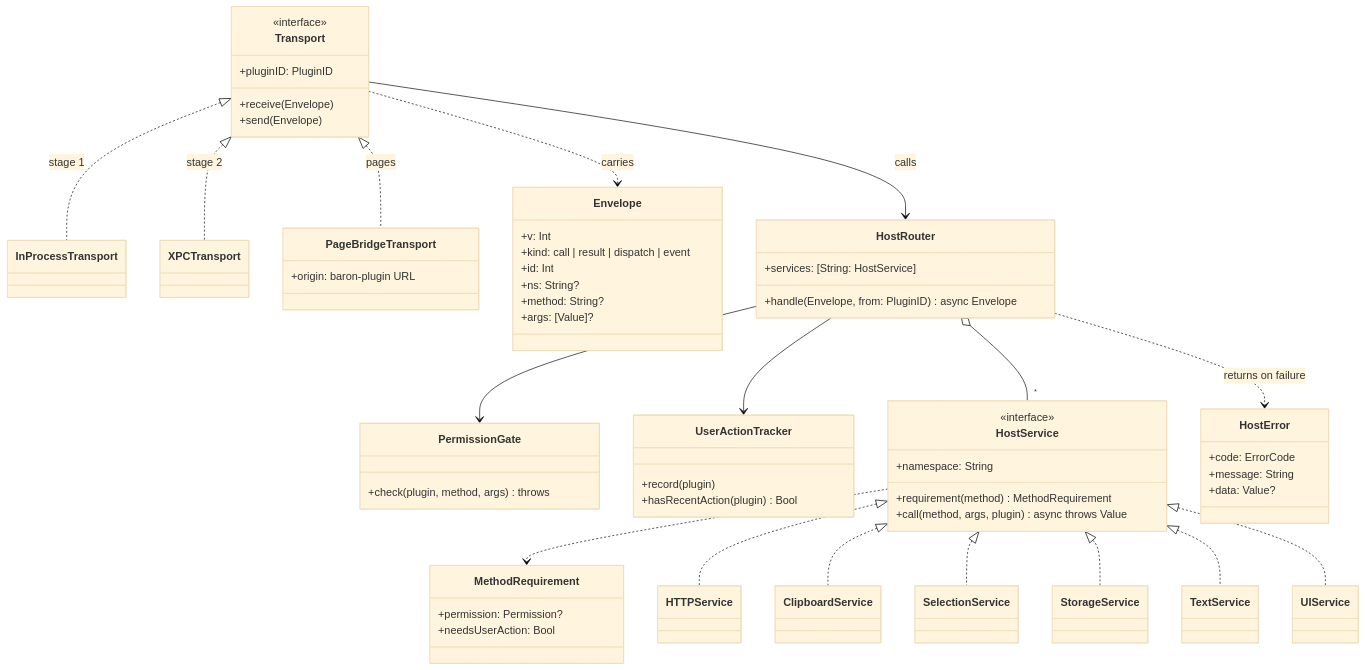
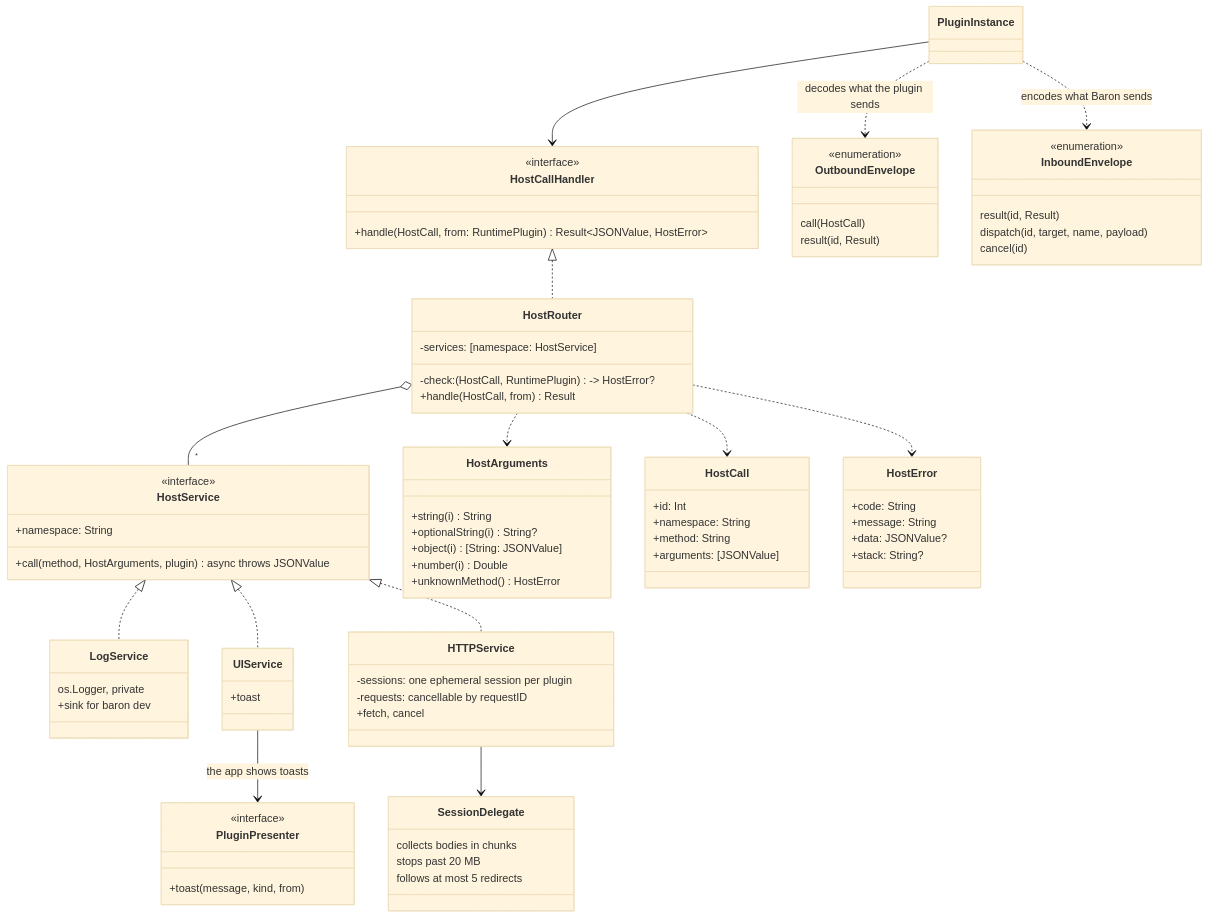
The first of 2 diagrams in docs/design/plugin-platform/03-host-api-and-ipc.md (mx-in/ODH), drawn with Mermaid (base theme) before and after one commit. The commit also changed other lines of this file and 4 other files, not shown here.

First line of the commit message:
docs(design): draw the runtime, host API and tooling as built in task-005

````diff
--- a/docs/design/plugin-platform/03-host-api-and-ipc.md
+++ b/docs/design/plugin-platform/03-host-api-and-ipc.md
@@ -141,64 +147,81 @@
 ```mermaid
 classDiagram
-  class Transport {
+  class HostCallHandler {
     <<interface>>
-    +pluginID: PluginID
-    +receive(Envelope)
-    +send(Envelope)
-  }
-  class InProcessTransport
-  class XPCTransport
-  class PageBridgeTransport {
-    +origin: baron-plugin URL
-  }
-  class Envelope {
-    +v: Int
-    +kind: call | result | dispatch | event
-    +id: Int
-    +ns: String?
-    +method: String?
-    +args: [Value]?
+    +handle(HostCall, from: RuntimePlugin) Result~JSONValue, HostError~
   }
   class HostRouter {
-    +services: [String: HostService]
-    +handle(Envelope, from: PluginID) async Envelope
-  }
-  class PermissionGate {
-    +check(plugin, method, args) throws
-  }
-  class UserActionTracker {
-    +record(plugin)
-    +hasRecentAction(plugin) Bool
+    -services: [namespace: HostService]
+    -check: (HostCall, RuntimePlugin) -> HostError?
+    +handle(HostCall, from) Result
   }
   class HostService {
     <<interface>>
     +namespace: String
-    +requirement(method) MethodRequirement
-    +call(method, args, plugin) async throws Value
+    +call(method, HostArguments, plugin) async throws JSONValue
   }
-  class MethodRequirement {
-    +permission: Permission?
-    +needsUserAction: Bool
+  class HostArguments {
+    +string(i) String
+    +optionalString(i) String?
+    +object(i) [String: JSONValue]
+    +number(i) Double
+    +unknownMethod() HostError
+  }
+  class HostCall {
+    +id: Int
+    +namespace: String
+    +method: String
+    +arguments: [JSONValue]
   }
   class HostError {
-    +code: ErrorCode
+    +code: String
     +message: String
-    +data: Value?
+    +data: JSONValue?
+    +stack: String?
   }
-  Transport <|.. InProcessTransport : stage 1
-  Transport <|.. XPCTransport : stage 2
-  Transport <|.. PageBridgeTransport : pages
-  Transport --> HostRouter : calls
-  Transport ..> Envelope : carries
-  HostRouter --> PermissionGate
-  HostRouter --> UserActionTracker
+  class LogService {
+    os.Logger, private
+    +sink for baron dev
+  }
+  class UIService {
+    +toast
+  }
+  class PluginPresenter {
+    <<interface>>
+    +toast(message, kind, from)
+  }
+  class HTTPService {
+    -sessions: one ephemeral session per plugin
+    -requests: cancellable by requestID
+    +fetch, cancel
+  }
+  class SessionDelegate {
+    collects bodies in chunks
+    stops past 20 MB
+    follows at most 5 redirects
+  }
+  class OutboundEnvelope {
+    <<enumeration>>
+    call(HostCall)
+    result(id, Result)
+  }
+  class InboundEnvelope {
+    <<enumeration>>
+    result(id, Result)
+    dispatch(id, target, name, payload)
+    cancel(id)
+  }
+  HostCallHandler <|.. HostRouter
   HostRouter o-- "*" HostService
-  HostService ..> MethodRequirement
-  HostRouter ..> HostError : returns on failure
+  HostRouter ..> HostArguments
+  HostRouter ..> HostCall
+  HostRouter ..> HostError
+  HostService <|.. LogService
+  HostService <|.. UIService
   HostService <|.. HTTPService
-  HostService <|.. ClipboardService
-  HostService <|.. SelectionService
-  HostService <|.. StorageService
-  HostService <|.. TextService
-  HostService <|.. UIService
+  UIService --> PluginPresenter : the app shows toasts
+  HTTPService --> SessionDelegate
+  PluginInstance ..> OutboundEnvelope : decodes what the plugin sends
+  PluginInstance ..> InboundEnvelope : encodes what Baron sends
+  PluginInstance --> HostCallHandler
 ```
````
